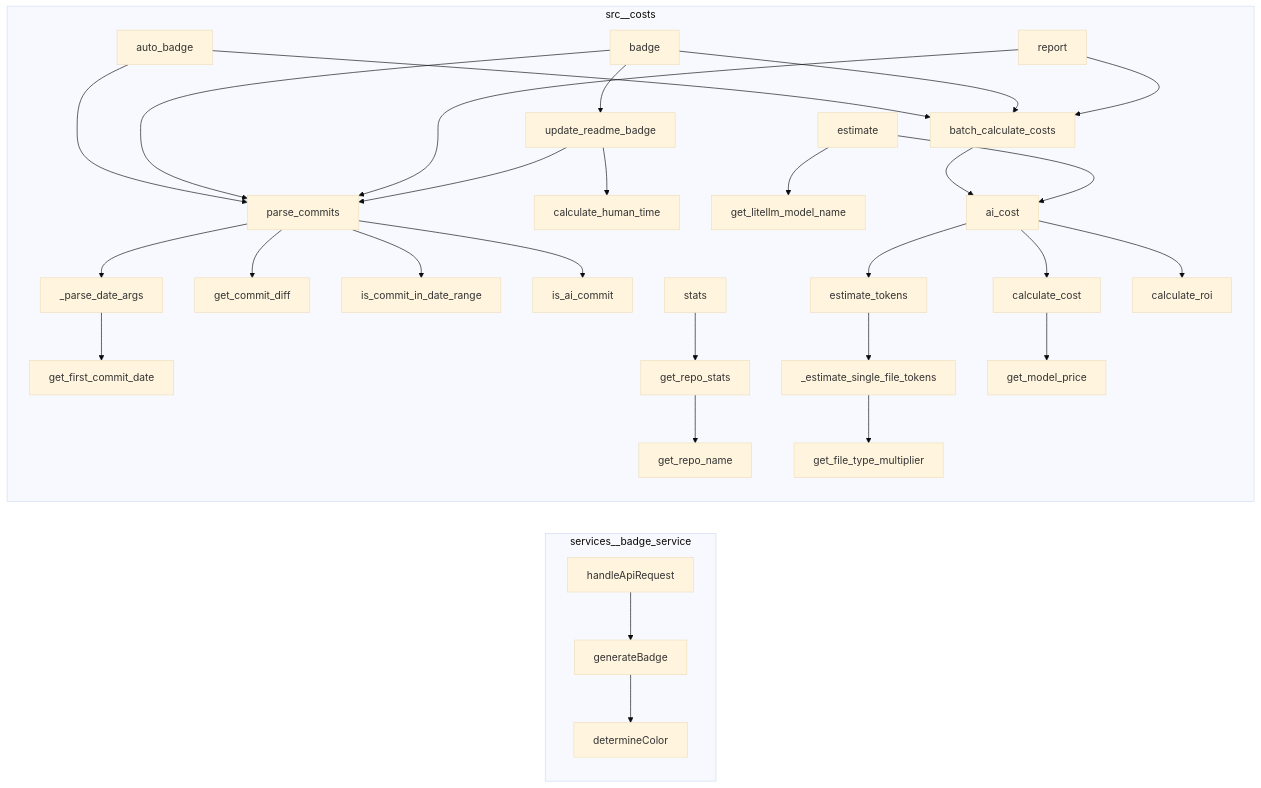
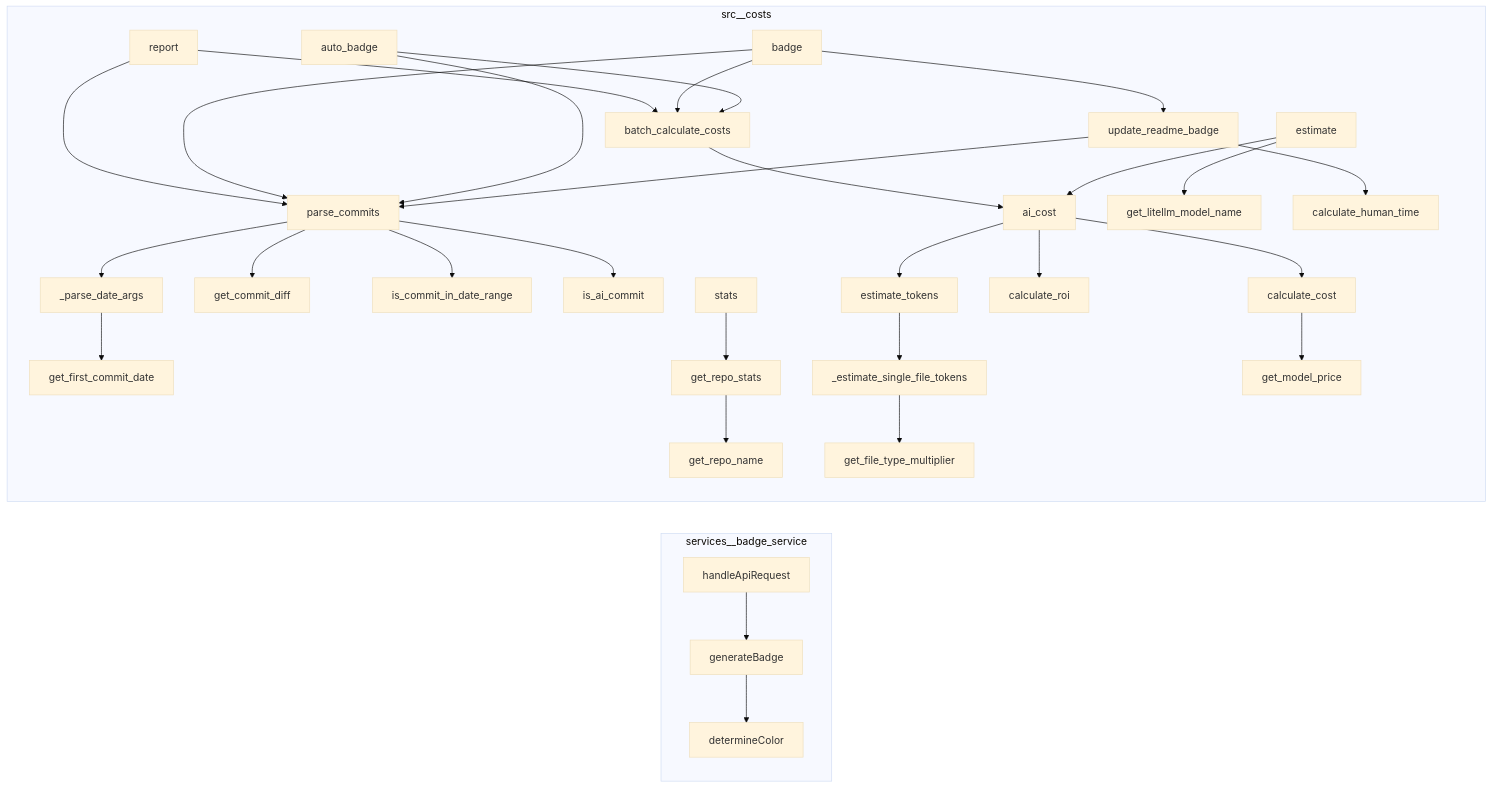
One commit to semcod/cost changed the diagram in project/calls.mmd. Above: the diagram before and after it, drawn with Mermaid (base theme). The commit also changed 19 other files, not shown here.

```diff
--- a/project/calls.mmd
+++ b/project/calls.mmd
@@ -1,59 +1,59 @@
 flowchart LR
     subgraph services__badge_service
+        services__badge_service__badge__generateBadge["generateBadge"]
         services__badge_service__badge__handleApiRequest["handleApiRequest"]
-        services__badge_service__badge__generateBadge["generateBadge"]
         services__badge_service__badge__determineColor["determineColor"]
     end
     subgraph src__costs
-        src__costs__cli__report["report"]
-        src__costs__models__get_model_price["get_model_price"]
-        src__costs__cli__badge["badge"]
-        src__costs__git_parser__is_commit_in_date_range["is_commit_in_date_range"]
-        src__costs__calculator__batch_calculate_costs["batch_calculate_costs"]
-        src__costs__cli__stats["stats"]
-        src__costs__reports__calculate_human_time["calculate_human_time"]
+        src__costs__calculator__ai_cost["ai_cost"]
         src__costs__git_parser__is_ai_commit["is_ai_commit"]
-        src__costs__calculator__calculate_roi["calculate_roi"]
-        src__costs__calculator__get_file_type_multiplier["get_file_type_multiplier"]
+        src__costs__reports__badge__update_readme_badge["update_readme_badge"]
         src__costs__calculator__calculate_cost["calculate_cost"]
         src__costs__cli__estimate["estimate"]
+        src__costs__models__get_litellm_model_name["get_litellm_model_name"]
+        src__costs__calculator__batch_calculate_costs["batch_calculate_costs"]
+        src__costs__calculator___estimate_single_file_tokens["_estimate_single_file_tokens"]
+        src__costs__calculator__get_file_type_multiplier["get_file_type_multiplier"]
+        src__costs__cli__badge["badge"]
+        src__costs__cli__stats["stats"]
+        src__costs__git_parser__get_repo_stats["get_repo_stats"]
+        src__costs__models__get_model_price["get_model_price"]
+        src__costs__git_parser__get_repo_name["get_repo_name"]
+        src__costs__metrics__calculate_human_time["calculate_human_time"]
         src__costs__calculator__estimate_tokens["estimate_tokens"]
-        src__costs__git_parser__get_repo_name["get_repo_name"]
+        src__costs__cli__auto_badge["auto_badge"]
+        src__costs__calculator__calculate_roi["calculate_roi"]
         src__costs__git_parser__get_first_commit_date["get_first_commit_date"]
+        src__costs__git_parser__parse_commits["parse_commits"]
         src__costs__git_parser__get_commit_diff["get_commit_diff"]
-        src__costs__reports__update_readme_badge["update_readme_badge"]
-        src__costs__calculator__ai_cost["ai_cost"]
-        src__costs__models__get_litellm_model_name["get_litellm_model_name"]
         src__costs__git_parser___parse_date_args["_parse_date_args"]
-        src__costs__calculator___estimate_single_file_tokens["_estimate_single_file_tokens"]
-        src__costs__git_parser__get_repo_stats["get_repo_stats"]
-        src__costs__cli__auto_badge["auto_badge"]
-        src__costs__git_parser__parse_commits["parse_commits"]
+        src__costs__git_parser__is_commit_in_date_range["is_commit_in_date_range"]
+        src__costs__cli__report["report"]
     end
-    src__costs__reports__update_readme_badge --> src__costs__git_parser__parse_commits
-    src__costs__reports__update_readme_badge --> src__costs__reports__calculate_human_time
     src__costs__git_parser___parse_date_args --> src__costs__git_parser__get_first_commit_date
     src__costs__git_parser__parse_commits --> src__costs__git_parser___parse_date_args
     src__costs__git_parser__parse_commits --> src__costs__git_parser__get_commit_diff
     src__costs__git_parser__parse_commits --> src__costs__git_parser__is_commit_in_date_range
     src__costs__git_parser__parse_commits --> src__costs__git_parser__is_ai_commit
     src__costs__git_parser__get_repo_stats --> src__costs__git_parser__get_repo_name
-    services__badge_service__badge__generateBadge --> services__badge_service__badge__determineColor
-    services__badge_service__badge__handleApiRequest --> services__badge_service__badge__generateBadge
-    src__costs__cli__report --> src__costs__git_parser__parse_commits
-    src__costs__cli__report --> src__costs__calculator__batch_calculate_costs
-    src__costs__cli__badge --> src__costs__git_parser__parse_commits
-    src__costs__cli__badge --> src__costs__calculator__batch_calculate_costs
-    src__costs__cli__badge --> src__costs__reports__update_readme_badge
-    src__costs__cli__auto_badge --> src__costs__git_parser__parse_commits
-    src__costs__cli__auto_badge --> src__costs__calculator__batch_calculate_costs
-    src__costs__cli__estimate --> src__costs__models__get_litellm_model_name
-    src__costs__cli__estimate --> src__costs__calculator__ai_cost
-    src__costs__cli__stats --> src__costs__git_parser__get_repo_stats
     src__costs__calculator___estimate_single_file_tokens --> src__costs__calculator__get_file_type_multiplier
     src__costs__calculator__estimate_tokens --> src__costs__calculator___estimate_single_file_tokens
     src__costs__calculator__calculate_cost --> src__costs__models__get_model_price
     src__costs__calculator__ai_cost --> src__costs__calculator__estimate_tokens
     src__costs__calculator__ai_cost --> src__costs__calculator__calculate_cost
     src__costs__calculator__ai_cost --> src__costs__calculator__calculate_roi
     src__costs__calculator__batch_calculate_costs --> src__costs__calculator__ai_cost
+    src__costs__cli__report --> src__costs__git_parser__parse_commits
+    src__costs__cli__report --> src__costs__calculator__batch_calculate_costs
+    src__costs__cli__badge --> src__costs__git_parser__parse_commits
+    src__costs__cli__badge --> src__costs__calculator__batch_calculate_costs
+    src__costs__cli__badge --> src__costs__reports__badge__update_readme_badge
+    src__costs__cli__auto_badge --> src__costs__git_parser__parse_commits
+    src__costs__cli__auto_badge --> src__costs__calculator__batch_calculate_costs
+    src__costs__cli__estimate --> src__costs__models__get_litellm_model_name
+    src__costs__cli__estimate --> src__costs__calculator__ai_cost
+    src__costs__cli__stats --> src__costs__git_parser__get_repo_stats
+    services__badge_service__badge__generateBadge --> services__badge_service__badge__determineColor
+    services__badge_service__badge__handleApiRequest --> services__badge_service__badge__generateBadge
+    src__costs__reports__badge__update_readme_badge --> src__costs__git_parser__parse_commits
+    src__costs__reports__badge__update_readme_badge --> src__costs__metrics__calculate_human_time
```
